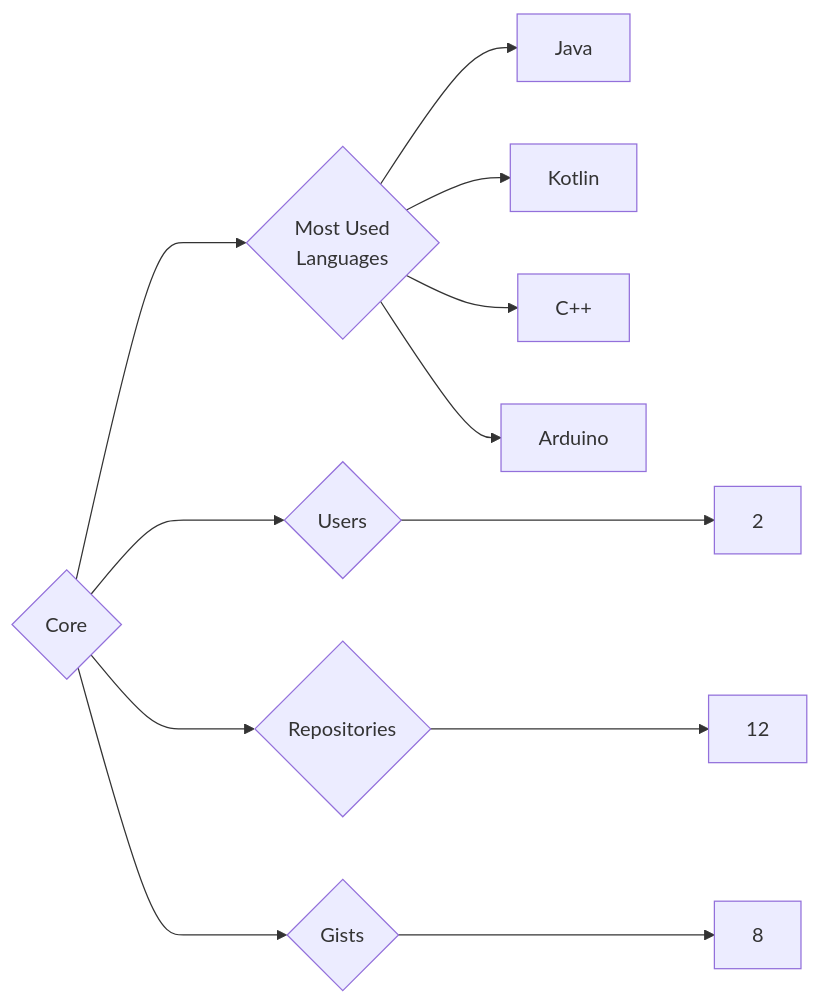
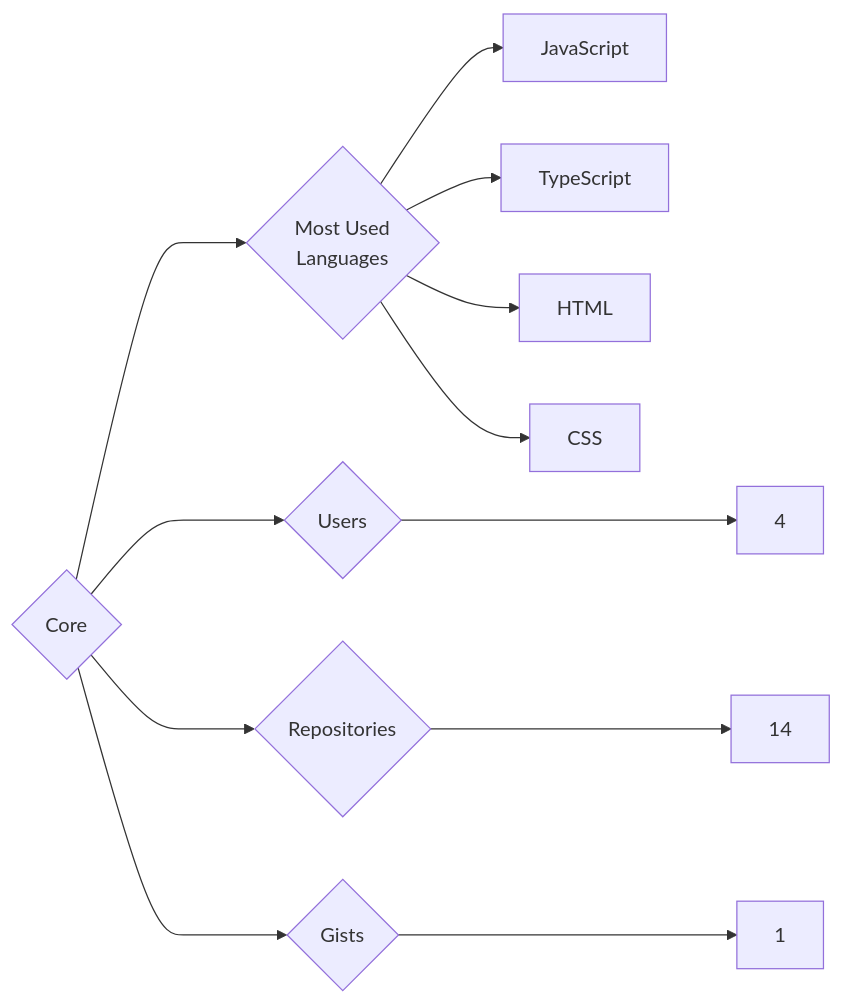
One commit to trickest/insiders changed the diagram in targets/Core/README.md. Above: the diagram before and after it, drawn with Mermaid. The commit also changed 938 other files, not shown here.

````diff
--- a/targets/Core/README.md
+++ b/targets/Core/README.md
@@ -3,12 +3,12 @@
 ```mermaid
 graph LR
 COMPANY_NAME{Core}
-COMPANY_NAME ---> U{Users} ---> UN[2]
-COMPANY_NAME ---> R{Repositories} ---> RN[12]
-COMPANY_NAME ---> G{Gists} ---> GN[8]
+COMPANY_NAME ---> U{Users} ---> UN[4]
+COMPANY_NAME ---> R{Repositories} ---> RN[14]
+COMPANY_NAME ---> G{Gists} ---> GN[1]
 COMPANY_NAME ---> ML{Most Used<br>Languages}
-ML --> Java[Java]
-ML --> Kotlin[Kotlin]
-ML --> C++[C++]
-ML --> Arduino[Arduino]
+ML --> JavaScript[JavaScript]
+ML --> TypeScript[TypeScript]
+ML --> HTML[HTML]
+ML --> CSS[CSS]
 ```
````
